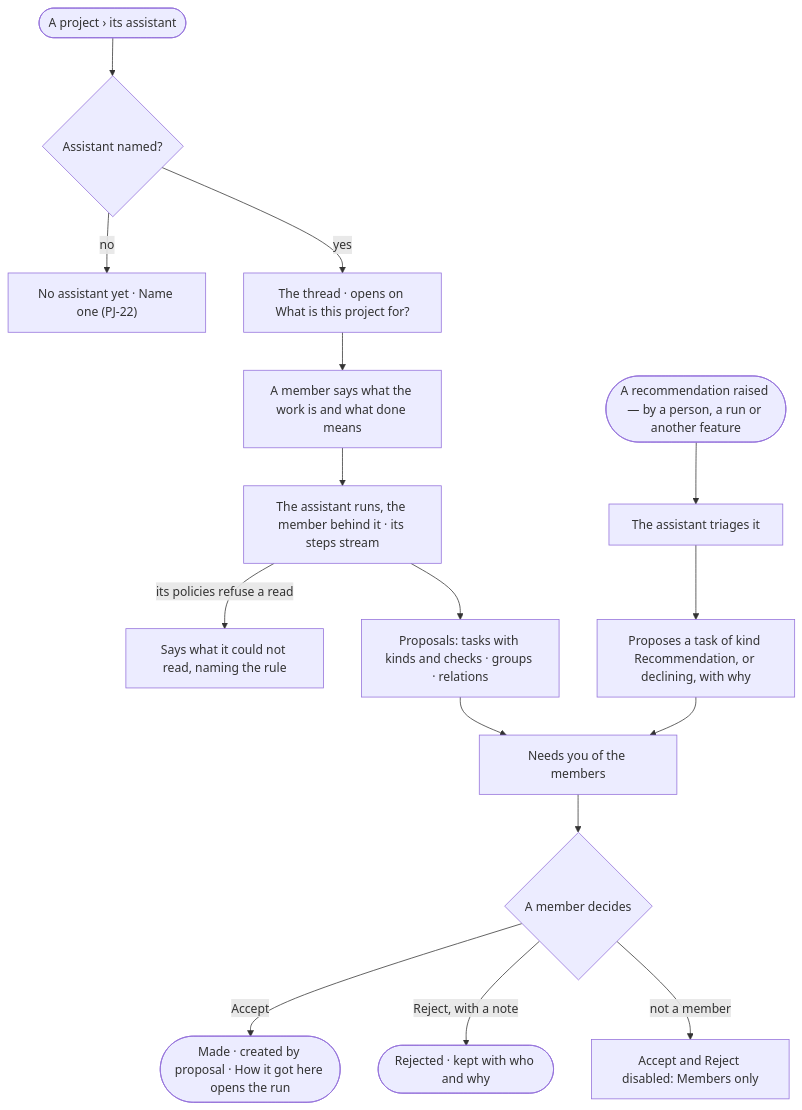
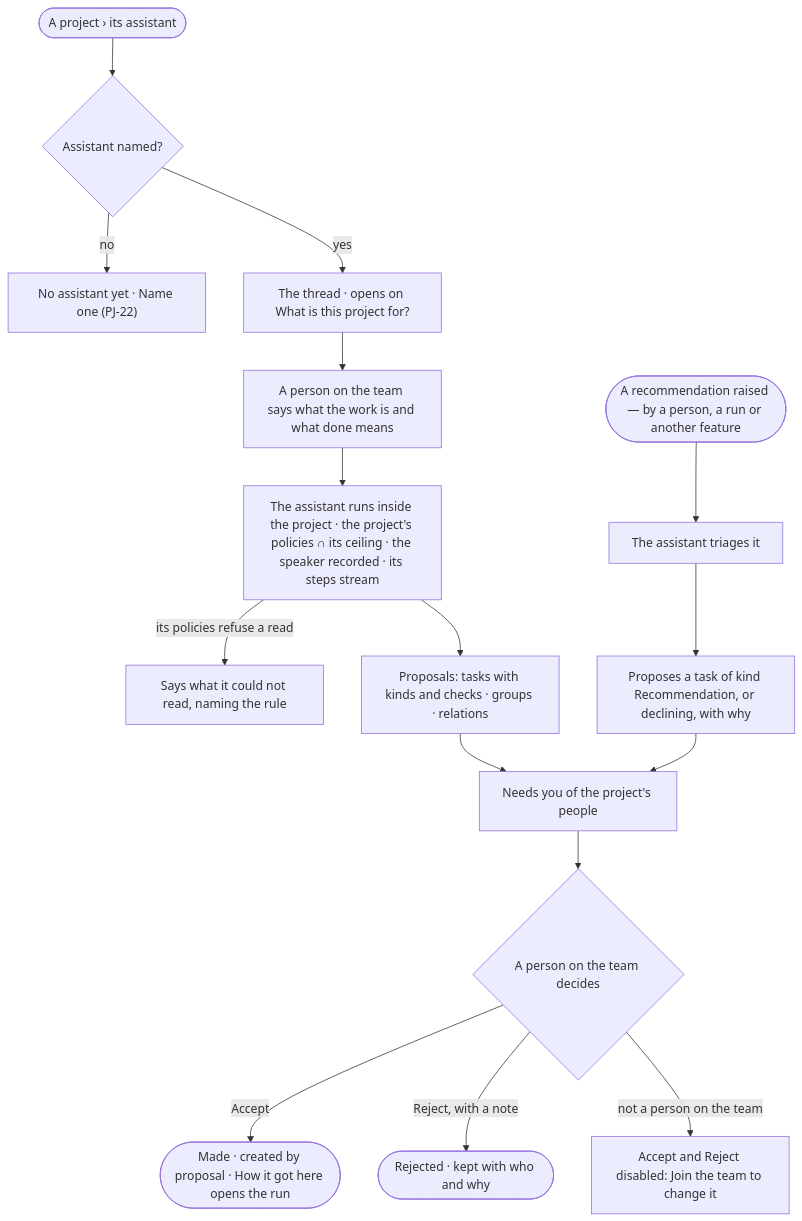
The first of 2 diagrams in specs/capabilities/projects/features/PJ-F01-projects-and-tasks/stories/PJ-21-ideate-with-the-project-assistant/story.md (invana/invana), drawn with Mermaid before and after one commit. The commit also changed other lines of this file and 456 other files, not shown here.

````diff
--- a/specs/capabilities/projects/features/PJ-F01-projects-and-tasks/stories/PJ-21-ideate-with-the-project-assistant/story.md
+++ b/specs/capabilities/projects/features/PJ-F01-projects-and-tasks/stories/PJ-21-ideate-with-the-project-assistant/story.md
@@ -32,18 +32,18 @@
 ```mermaid
 flowchart TD
   s([A project › its assistant]) --> any{"Assistant named?"}
   any -->|no| none["No assistant yet · Name one (PJ-22)"]
   any -->|yes| th["The thread · opens on What is this project for?"]
-  th --> say["A member says what the work is and what done means"]
-  say --> run["The assistant runs, the member behind it · its steps stream"]
+  th --> say["A person on the team says what the work is and what done means"]
+  say --> run["The assistant runs inside the project · the project's policies ∩ its ceiling · the speaker recorded · its steps stream"]
   run -->|its policies refuse a read| rf["Says what it could not read, naming the rule"]
   run --> prop["Proposals: tasks with kinds and checks · groups · relations"]
   rec([A recommendation raised — by a person, a run or another feature]) --> tri["The assistant triages it"]
   tri --> prop2["Proposes a task of kind Recommendation, or declining, with why"]
-  prop --> nb["Needs you of the members"]
+  prop --> nb["Needs you of the project's people"]
   prop2 --> nb
-  nb --> d{"A member decides"}
+  nb --> d{"A person on the team decides"}
   d -->|Accept| made(["Made · created by proposal · How it got here opens the run"])
   d -->|Reject, with a note| rj(["Rejected · kept with who and why"])
-  d -->|not a member| nm["Accept and Reject disabled: Members only"]
+  d -->|not a person on the team| nm["Accept and Reject disabled: Join the team to change it"]
 ```
````
